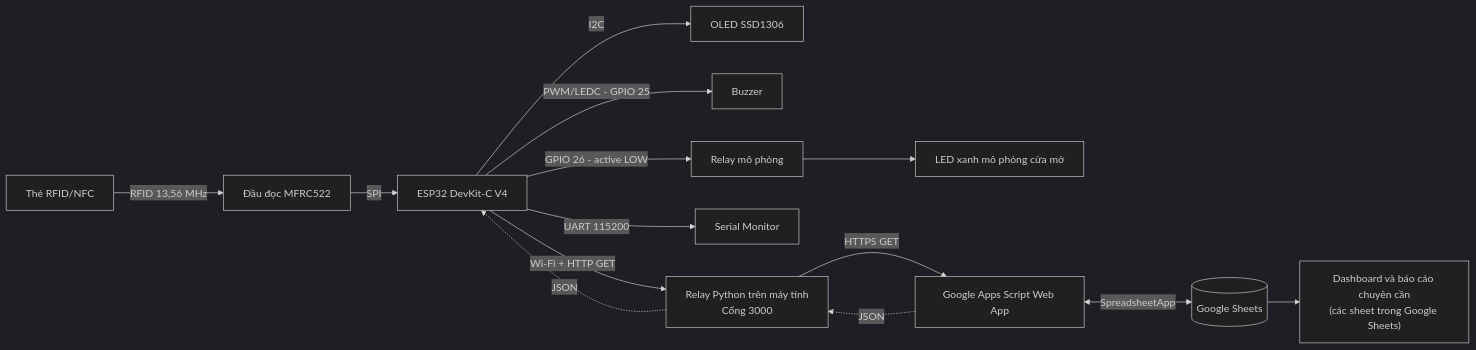
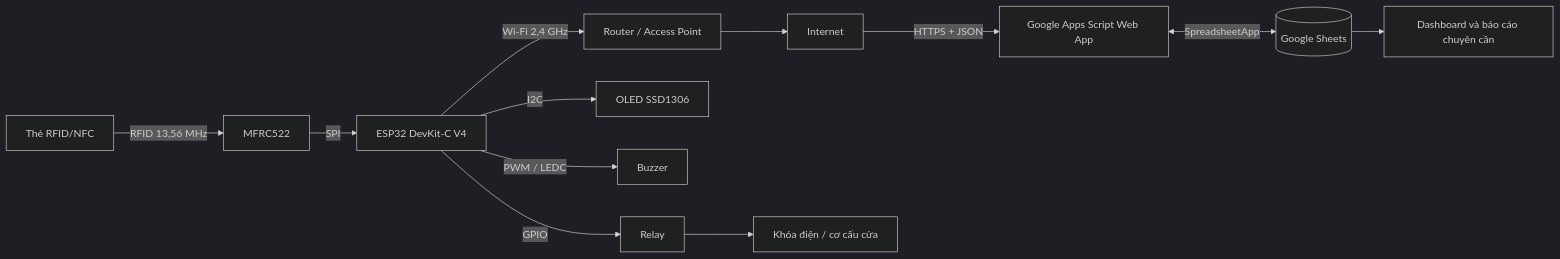
Before and after one commit to nguyen-mowftee2006/iot-tx2-project-ver1: the first of 3 diagrams in BAO_CAO_TOM_TAT_DU_AN.md, drawn with Mermaid (dark theme). The commit also changed other lines of this file and 3 other files, not shown here.

````diff
--- a/BAO_CAO_TOM_TAT_DU_AN.md
+++ b/BAO_CAO_TOM_TAT_DU_AN.md
@@ -57,19 +54,15 @@
 ```mermaid
 flowchart LR
-    CARD[Thẻ RFID/NFC] -->|RFID 13,56 MHz| RC522[Đầu đọc MFRC522]
+    CARD[Thẻ RFID/NFC] -->|RFID 13,56 MHz| RC522[MFRC522]
     RC522 -->|SPI| ESP32[ESP32 DevKit-C V4]
+    ESP32 -->|Wi-Fi 2,4 GHz| AP[Router / Access Point]
+    AP --> NET[Internet]
+    NET -->|HTTPS + JSON| GAS[Google Apps Script Web App]
+    GAS <-->|SpreadsheetApp| SHEET[(Google Sheets)]
+    SHEET --> DASH[Dashboard và báo cáo chuyên cần]
 
     ESP32 -->|I2C| OLED[OLED SSD1306]
-    ESP32 -->|PWM/LEDC - GPIO 25| BUZZER[Buzzer]
-    ESP32 -->|GPIO 26 - active LOW| RELAY[Relay mô phỏng]
-    RELAY --> LED[LED xanh mô phỏng cửa mở]
-    ESP32 -->|UART 115200| SERIAL[Serial Monitor]
-
-    ESP32 -->|Wi-Fi + HTTP GET| PY["Relay Python trên máy tính<br/>Cổng 3000"]
-    PY -->|HTTPS GET| GAS[Google Apps Script Web App]
-    GAS <-->|SpreadsheetApp| SHEET[(Google Sheets)]
-    SHEET --> DASH["Dashboard và báo cáo chuyên cần<br/>(các sheet trong Google Sheets)"]
-
-    GAS -. JSON .-> PY
-    PY -. JSON .-> ESP32
+    ESP32 -->|PWM / LEDC| BUZZER[Buzzer]
+    ESP32 -->|GPIO| RELAY[Relay]
+    RELAY --> LOCK[Khóa điện / cơ cấu cửa]
 ```
````
